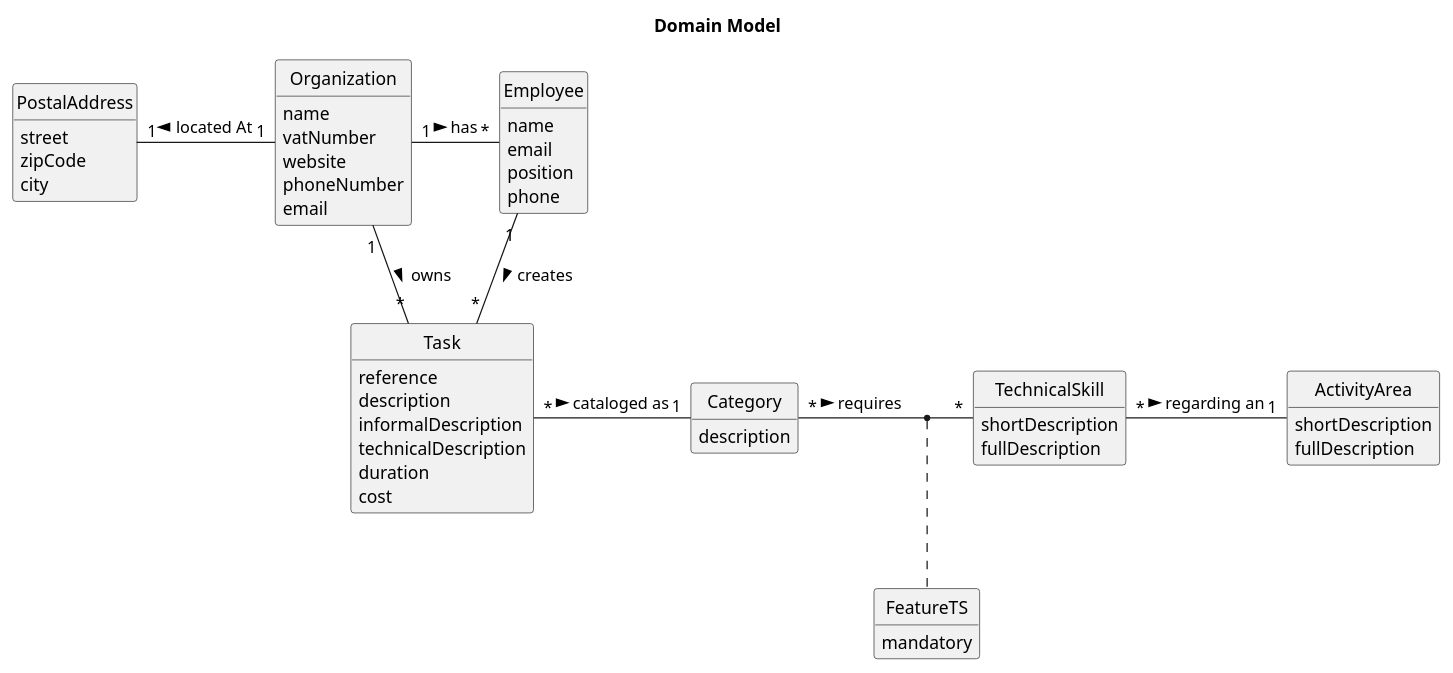
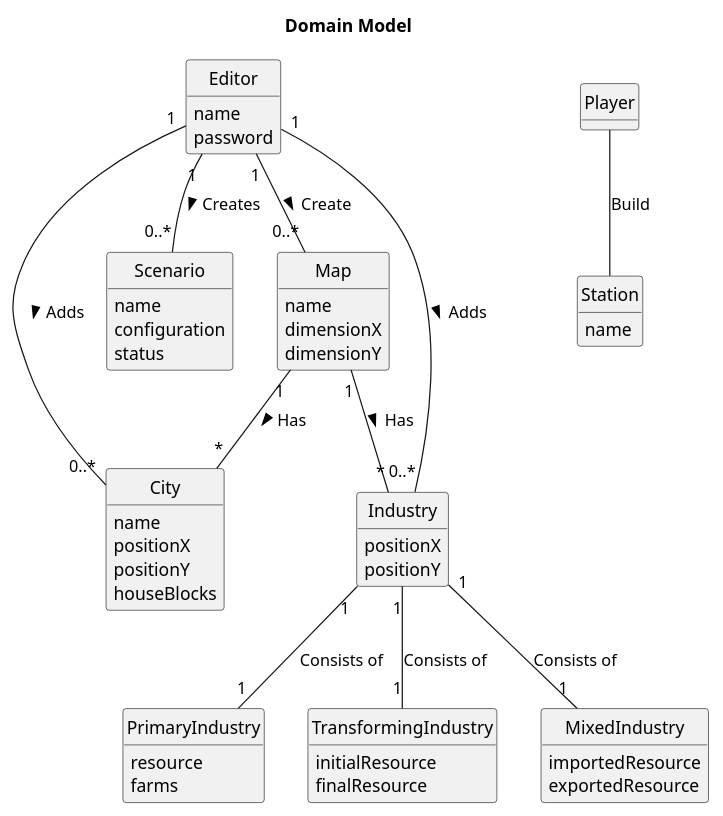
The diagram in docs/system-documentation/global-artifacts/02.analysis/puml/DM.puml (bruno-monteiro5/sem2-pi-24.25-g132-repo), drawn with PlantUML before and after one commit. The commit also changed 3 other files, not shown here.

```diff
--- a/docs/system-documentation/global-artifacts/02.analysis/puml/DM.puml
+++ b/docs/system-documentation/global-artifacts/02.analysis/puml/DM.puml
@@ -1,76 +1,79 @@
 @startuml
 skinparam monochrome true
 skinparam packageStyle rectangle
 skinparam shadowing false
 'skinparam linetype ortho
 'left to right direction
 skinparam classAttributeIconSize 0
 hide circle
 hide methods
 title Domain Model
 
-class Organization {
-    name
-    vatNumber
-    website
-    phoneNumber
-    email
+class Editor {
+name
+password
 }
 
-class Task {
-    reference
-    description
-    informalDescription
-    technicalDescription
-    duration
-    cost
+class Map {
+name
+dimensionX
+dimensionY
+ }
+
+class Scenario {
+name
+configuration
+status
 }
 
-class Category {
-    description
+
+class City {
+name
+positionX
+positionY
+houseBlocks
 }
 
-class Employee {
-    name
-    email
-    position
-    phone
+class Industry {
+positionX
+positionY
 }
 
-class TechnicalSkill{
-    shortDescription
-    fullDescription
+class PrimaryIndustry {
+    resource
+    farms
 }
 
-class ActivityArea{
-    shortDescription
-    fullDescription
+class TransformingIndustry {
+    initialResource
+    finalResource
 }
 
-class FeatureTS{
-    mandatory
+class MixedIndustry {
+    importedResource
+    exportedResource
 }
 
-'class User {
-'    name
-'    email
-'    password
-'}
-class PostalAddress{
-    street
-    zipCode
-    city
+class Player {
 }
 
-Organization "1" - "*" Employee : has >
-Organization "1" - "*" Task: owns >
-Employee "1" -- "*" Task : creates >
-Task "*" - "1" Category: cataloged as >
-TechnicalSkill "*" - "1" ActivityArea: regarding an >
+class Station {
+name
+}
 
-Category "*" - "*" TechnicalSkill :  requires >
-(Category, TechnicalSkill) . FeatureTS
 
-Organization "1" -left "1" PostalAddress : located At >
 
+Editor "1" -- "0..*" Map : Create >
+Editor "1" -- "0..*" Industry : Adds >
+Editor "1" -- "0..*" City : Adds >
+Editor "1" -- "0..*" Scenario : Creates >
+
+Map "1" -- "*" Industry : Has >
+Map "1" -- "*" City : Has >
+
+Industry "1" -- "1" PrimaryIndustry : Consists of
+Industry "1" -- "1" TransformingIndustry : Consists of
+Industry "1" -- "1" MixedIndustry : Consists of
+
+Player -- Station : Build
 @enduml
```
